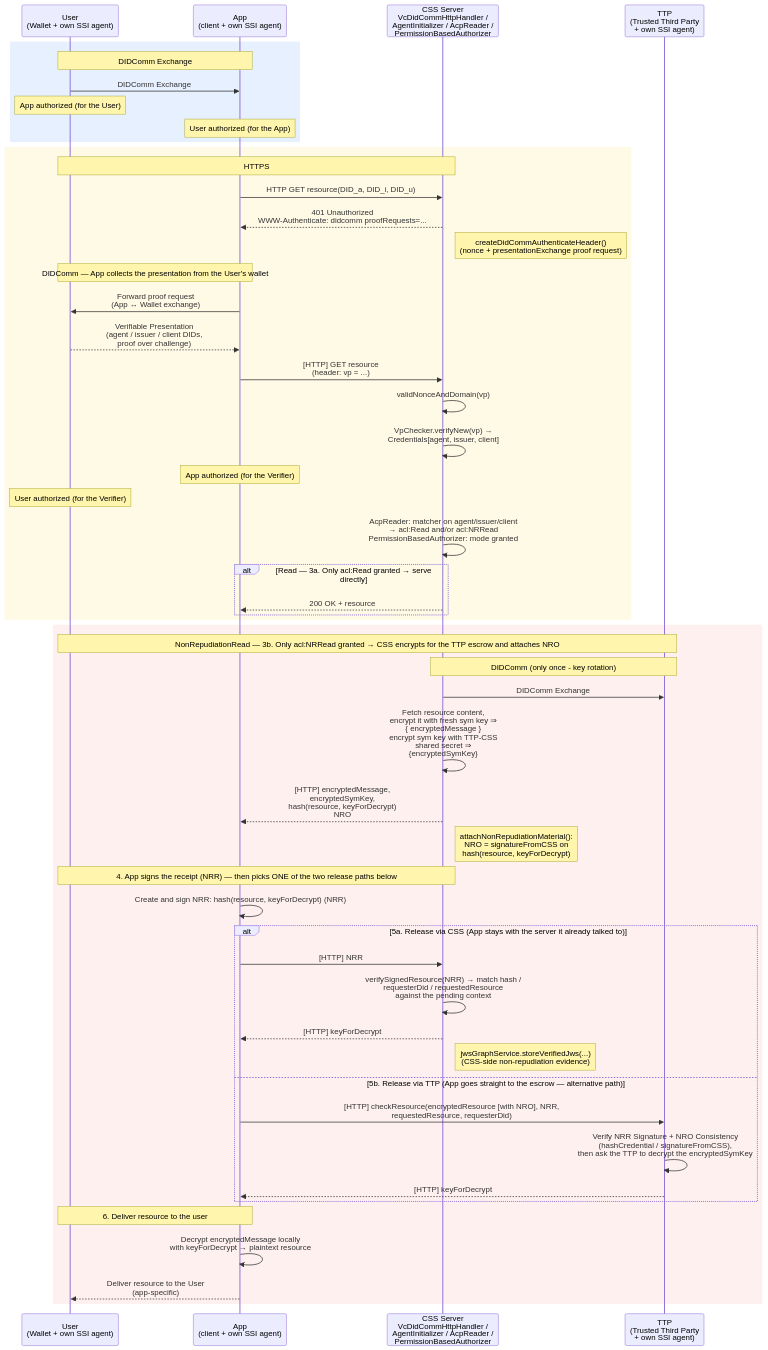
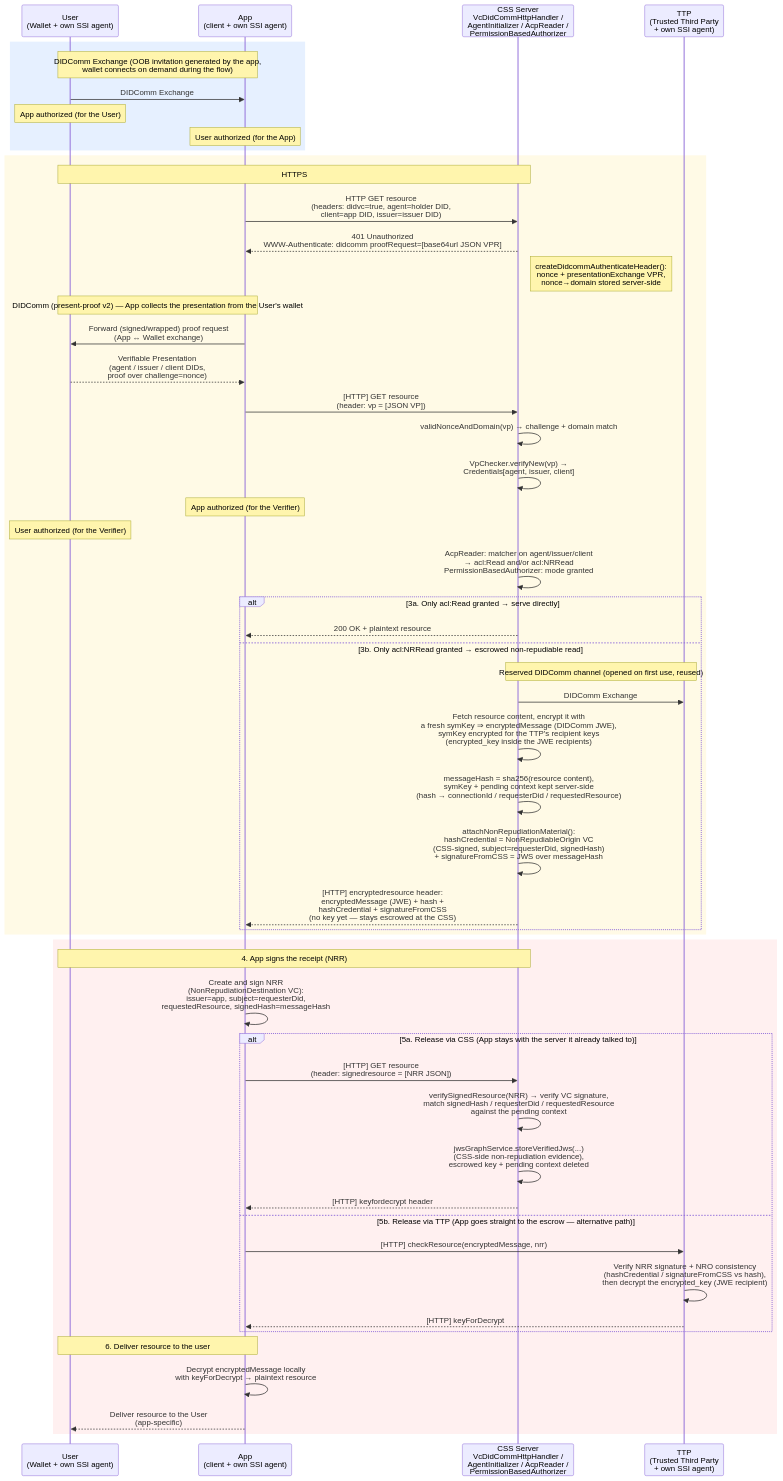
The diagram in sequence.mmd (elf-pavlik/DKGNonRepudiation), drawn with Mermaid before and after one commit. The commit also changed 2 other files, not shown here.

Commit message:
updated sequence and initial likec4

```diff
--- a/sequence.mmd
+++ b/sequence.mmd
@@ -1,61 +1,61 @@
 sequenceDiagram
     participant U as User<br/>(Wallet + own SSI agent)
     participant A as App<br/>(client + own SSI agent)
     participant C as CSS Server<br/>VcDidCommHttpHandler /<br/>AgentInitializer / AcpReader /<br/>PermissionBasedAuthorizer
     participant T as TTP<br/>(Trusted Third Party<br/>+ own SSI agent)
 
     rect rgb(230, 240, 255)
-    note over U,A: DIDComm Exchange
+    note over U,A: DIDComm Exchange (OOB invitation generated by the app,<br/>wallet connects on demand during the flow)
     U->>A: DIDComm Exchange
     note over U: App authorized (for the User)
     note over A: User authorized (for the App)
     end
 
     rect rgb(255, 250, 230)
     note over U,C: HTTPS
-    A->>C: HTTP GET resource(DID_a, DID_i, DID_u)
-    C-->>A: 401 Unauthorized<br/>WWW-Authenticate: didcomm proofRequests=...
-    note right of C: createDidCommAuthenticateHeader()<br/>(nonce + presentationExchange proof request)
+    A->>C: HTTP GET resource<br/>(headers: didvc=true, agent=holder DID,<br/>client=app DID, issuer=issuer DID)
+    C-->>A: 401 Unauthorized<br/>WWW-Authenticate: didcomm proofRequest=[base64url JSON VPR]
+    note right of C: createDidcommAuthenticateHeader():<br/>nonce + presentationExchange VPR,<br/>nonce→domain stored server-side
 
-    note over U,A: DIDComm — App collects the presentation from the User's wallet
-    A->>U: Forward proof request<br/>(App ↔ Wallet exchange)
-    U-->>A: Verifiable Presentation<br/>(agent / issuer / client DIDs,<br/>proof over challenge)
+    note over U,A: DIDComm (present-proof v2) — App collects the presentation from the User's wallet
+    A->>U: Forward (signed/wrapped) proof request<br/>(App ↔ Wallet exchange)
+    U-->>A: Verifiable Presentation<br/>(agent / issuer / client DIDs,<br/>proof over challenge=nonce)
 
-    A->>C: [HTTP] GET resource<br/>(header: vp = ...)
-    C->>C: validNonceAndDomain(vp)
+    A->>C: [HTTP] GET resource<br/>(header: vp = [JSON VP])
+    C->>C: validNonceAndDomain(vp) → challenge + domain match
     C->>C: VpChecker.verifyNew(vp) →<br/>Credentials[agent, issuer, client]
     note over A: App authorized (for the Verifier)
     note over U: User authorized (for the Verifier)
     C->>C: AcpReader: matcher on agent/issuer/client<br/>→ acl:Read and/or acl:NRRead<br/>PermissionBasedAuthorizer: mode granted
 
-    alt Read — 3a. Only acl:Read granted → serve directly
-        C-->>A: 200 OK + resource
+    alt 3a. Only acl:Read granted → serve directly
+        C-->>A: 200 OK + plaintext resource
+    else 3b. Only acl:NRRead granted → escrowed non-repudiable read
+        note over C,T: Reserved DIDComm channel (opened on first use, reused)
+        C->>T: DIDComm Exchange
+        C->>C: Fetch resource content, encrypt it with<br/>a fresh symKey ⇒ encryptedMessage (DIDComm JWE),<br/>symKey encrypted for the TTP's recipient keys<br/>(encrypted_key inside the JWE recipients)
+        C->>C: messageHash = sha256(resource content),<br/>symKey + pending context kept server-side<br/>(hash → connectionId / requesterDid / requestedResource)
+        C->>C: attachNonRepudiationMaterial():<br/>hashCredential = NonRepudiableOrigin VC<br/>(CSS-signed, subject=requesterDid, signedHash)<br/>+ signatureFromCSS = JWS over messageHash
+        C-->>A: [HTTP] encryptedresource header:<br/>encryptedMessage (JWE) + hash +<br/>hashCredential + signatureFromCSS<br/>(no key yet — stays escrowed at the CSS)
     end
     end
 
     rect rgb(255, 240, 240)
-    note over U,T: NonRepudiationRead — 3b. Only acl:NRRead granted → CSS encrypts for the TTP escrow and attaches NRO
-    note over C,T: DIDComm (only once - key rotation)
-    C->>T: DIDComm Exchange
-    C->>C: Fetch resource content,<br/>encrypt it with fresh sym key ⇒<br/>{ encryptedMessage }<br/>encrypt sym key with TTP-CSS<br/>shared secret ⇒<br/>{encryptedSymKey}
-    C-->>A: [HTTP] encryptedMessage,<br/>encryptedSymKey,<br/>hash(resource, keyForDecrypt)<br/>NRO
-    note right of C: attachNonRepudiationMaterial():<br/>NRO = signatureFromCSS on<br/>hash(resource, keyForDecrypt)
-
-    note over U,C: 4. App signs the receipt (NRR) — then picks ONE of the two release paths below
-    A->>A: Create and sign NRR: hash(resource, keyForDecrypt) (NRR)
+    note over U,C: 4. App signs the receipt (NRR)
+    A->>A: Create and sign NRR<br/>(NonRepudiationDestination VC):<br/>issuer=app, subject=requesterDid,<br/>requestedResource, signedHash=messageHash
 
     alt 5a. Release via CSS (App stays with the server it already talked to)
-        A->>C: [HTTP] NRR
-        C->>C: verifySignedResource(NRR) → match hash /<br/>requesterDid / requestedResource<br/>against the pending context
-        C-->>A: [HTTP] keyForDecrypt
-        note right of C: jwsGraphService.storeVerifiedJws(...)<br/>(CSS-side non-repudiation evidence)
+        A->>C: [HTTP] GET resource<br/>(header: signedresource = [NRR JSON])
+        C->>C: verifySignedResource(NRR) → verify VC signature,<br/>match signedHash / requesterDid / requestedResource<br/>against the pending context
+        C->>C: jwsGraphService.storeVerifiedJws(...)<br/>(CSS-side non-repudiation evidence),<br/>escrowed key + pending context deleted
+        C-->>A: [HTTP] keyfordecrypt header
     else 5b. Release via TTP (App goes straight to the escrow — alternative path)
-        A->>T: [HTTP] checkResource(encryptedResource [with NRO], NRR,<br/>requestedResource, requesterDid)
-        T->>T: Verify NRR Signature + NRO Consistency<br/>(hashCredential / signatureFromCSS),<br/>then ask the TTP to decrypt the encryptedSymKey
+        A->>T: [HTTP] checkResource(encryptedMessage, nrr)
+        T->>T: Verify NRR signature + NRO consistency<br/>(hashCredential / signatureFromCSS vs hash),<br/>then decrypt the encrypted_key (JWE recipient)
         T-->>A: [HTTP] keyForDecrypt
     end
 
     note over U,A: 6. Deliver resource to the user
     A->>A: Decrypt encryptedMessage locally<br/>with keyForDecrypt → plaintext resource
     A-->>U: Deliver resource to the User<br/>(app-specific)
     end
```
